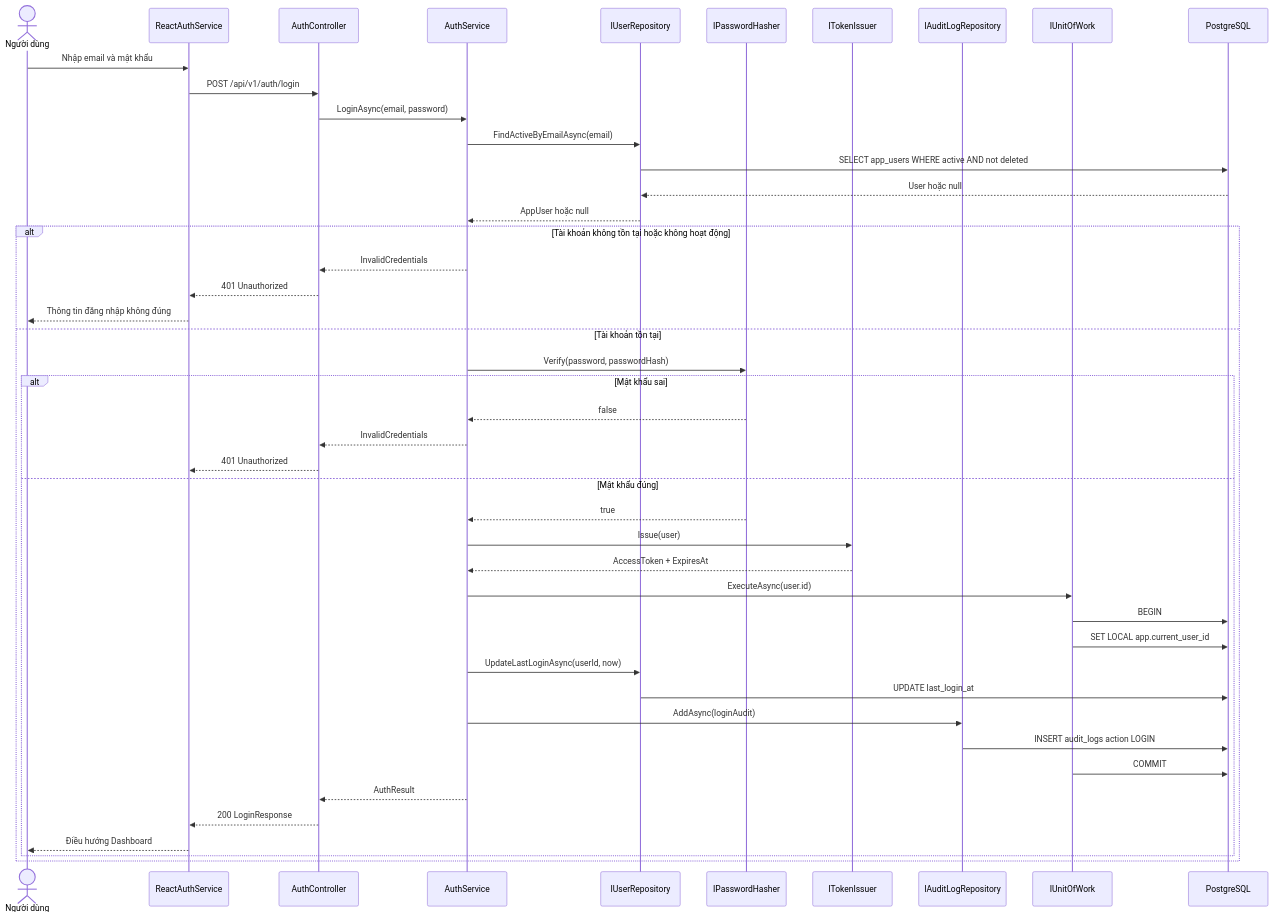
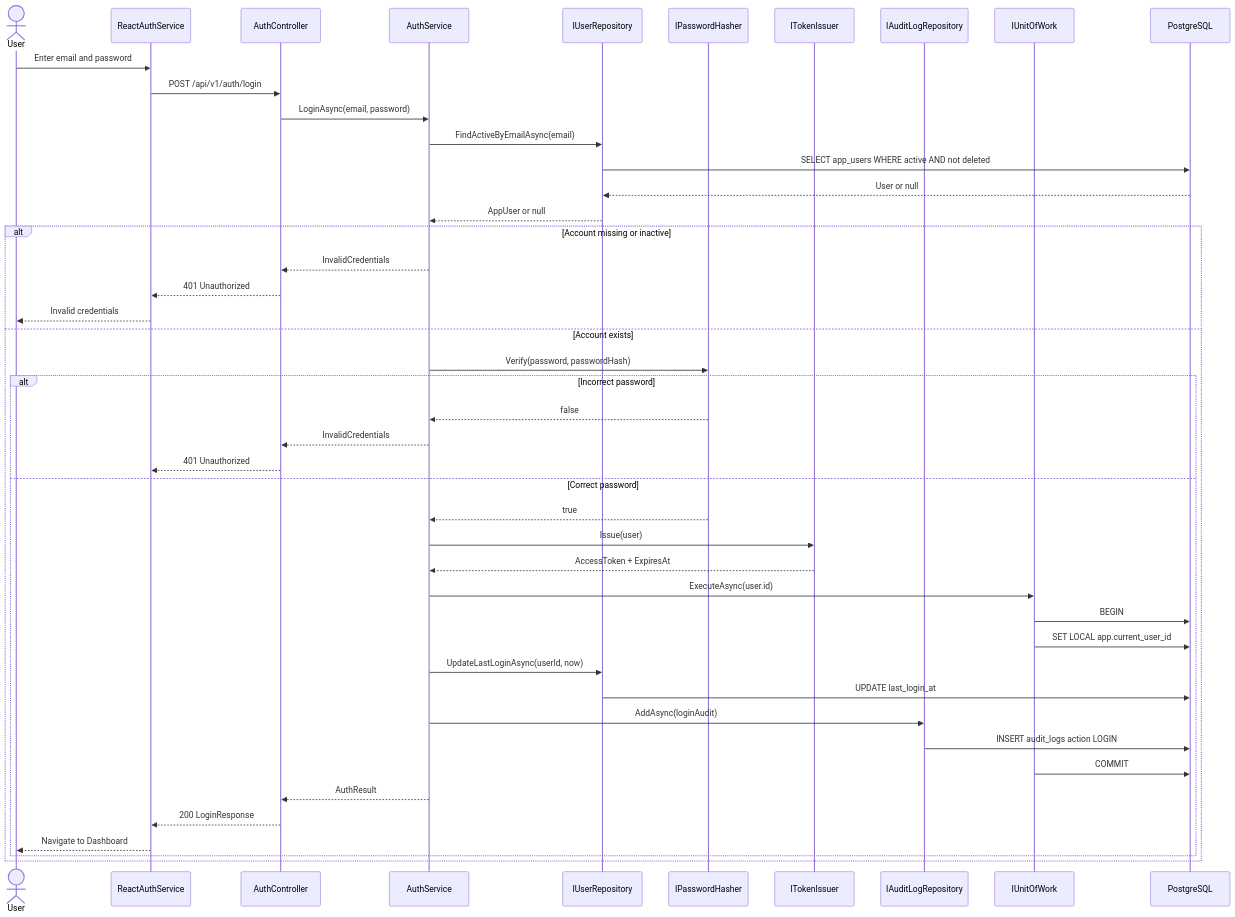
Before and after one commit to PhamHiep948/finance-manager: the first of 5 diagrams in docs/architecture/uml/02-sequence-diagrams.md, drawn with Mermaid. The commit also changed other lines of this file and 16 other files, not shown here.

````diff
--- a/docs/architecture/uml/02-sequence-diagrams.md
+++ b/docs/architecture/uml/02-sequence-diagrams.md
@@ -10,49 +10,49 @@
 ```mermaid
 sequenceDiagram
-    actor User as Người dùng
+    actor User as User
     participant Web as ReactAuthService
     participant Api as AuthController
     participant Service as AuthService
     participant Users as IUserRepository
     participant Hash as IPasswordHasher
     participant Token as ITokenIssuer
     participant Audit as IAuditLogRepository
     participant Uow as IUnitOfWork
     participant Db as PostgreSQL
 
-    User->>Web: Nhập email và mật khẩu
+    User->>Web: Enter email and password
     Web->>Api: POST /api/v1/auth/login
     Api->>Service: LoginAsync(email, password)
     Service->>Users: FindActiveByEmailAsync(email)
     Users->>Db: SELECT app_users WHERE active AND not deleted
-    Db-->>Users: User hoặc null
-    Users-->>Service: AppUser hoặc null
+    Db-->>Users: User or null
+    Users-->>Service: AppUser or null
 
-    alt Tài khoản không tồn tại hoặc không hoạt động
+    alt Account missing or inactive
         Service-->>Api: InvalidCredentials
         Api-->>Web: 401 Unauthorized
-        Web-->>User: Thông tin đăng nhập không đúng
-    else Tài khoản tồn tại
+        Web-->>User: Invalid credentials
+    else Account exists
         Service->>Hash: Verify(password, passwordHash)
-        alt Mật khẩu sai
+        alt Incorrect password
             Hash-->>Service: false
             Service-->>Api: InvalidCredentials
             Api-->>Web: 401 Unauthorized
-        else Mật khẩu đúng
+        else Correct password
             Hash-->>Service: true
             Service->>Token: Issue(user)
             Token-->>Service: AccessToken + ExpiresAt
             Service->>Uow: ExecuteAsync(user.id)
             Uow->>Db: BEGIN
             Uow->>Db: SET LOCAL app.current_user_id
             Service->>Users: UpdateLastLoginAsync(userId, now)
             Users->>Db: UPDATE last_login_at
             Service->>Audit: AddAsync(loginAudit)
             Audit->>Db: INSERT audit_logs action LOGIN
             Uow->>Db: COMMIT
             Service-->>Api: AuthResult
             Api-->>Web: 200 LoginResponse
-            Web-->>User: Điều hướng Dashboard
+            Web-->>User: Navigate to Dashboard
         end
     end
 ```
````
